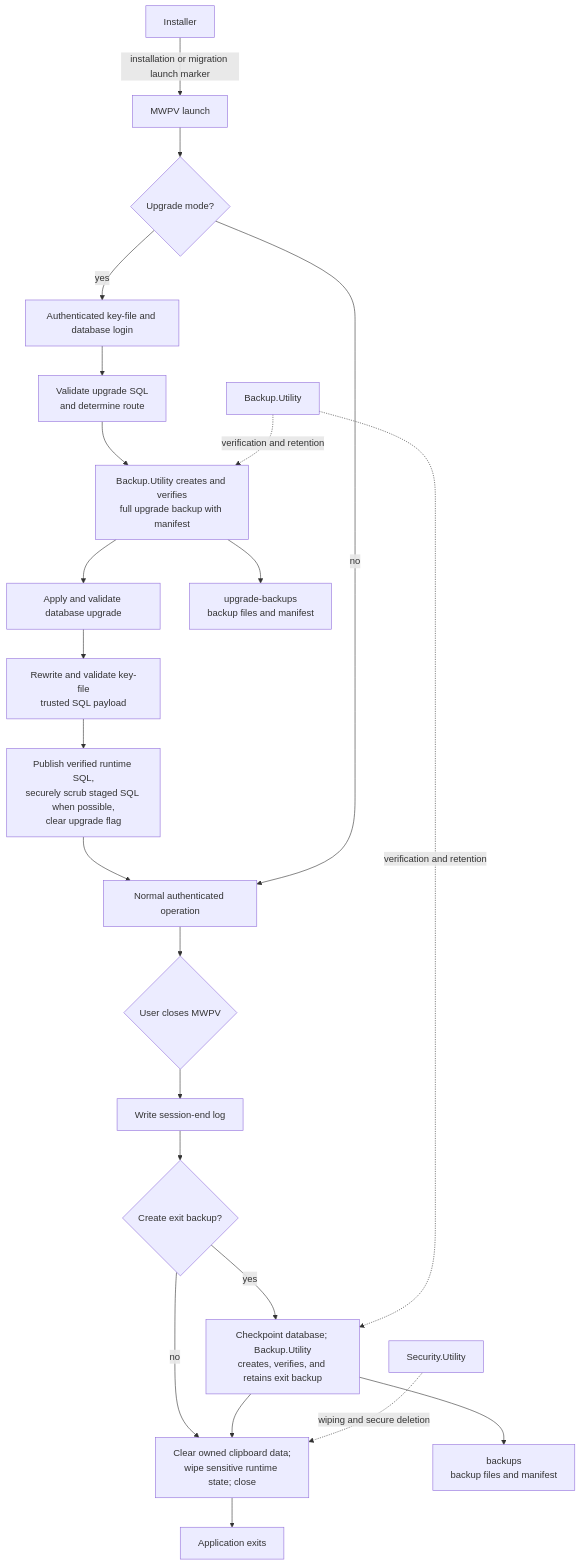
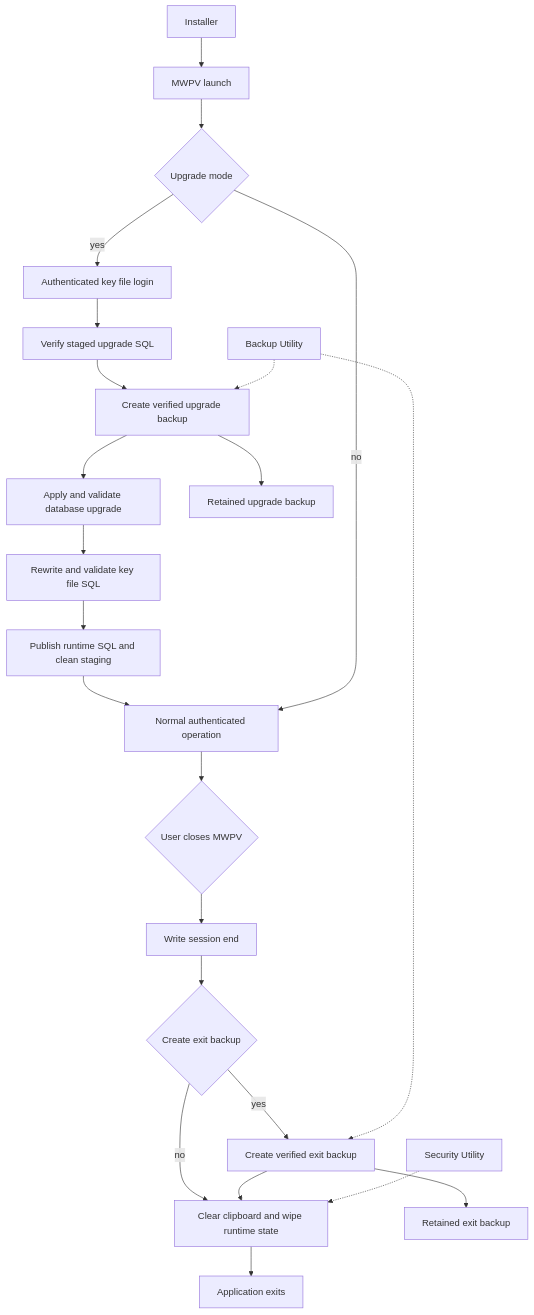
Before and after one commit to pgmrdlm/MWPV: the fourth of 4 diagrams in docs/MWPV_High_Level_Flow.md, drawn with Mermaid. The commit also changed other lines of this file, not shown here.

````diff
--- a/docs/MWPV_High_Level_Flow.md
+++ b/docs/MWPV_High_Level_Flow.md
@@ -93,28 +118,25 @@
 ```mermaid
 flowchart TD
-    Start["MWPV launch"] --> Mode{"Upgrade mode?"}
-    Mode -->|yes| Login["Authenticated key-file and database login"]
-    Login --> UpSql["Validate upgrade SQL<br/>and determine route"]
-    UpSql --> UpBackup["Backup.Utility creates and verifies<br/>full upgrade backup with manifest"]
-    UpBackup --> UpgradeDb["Apply and validate database upgrade"]
-    UpgradeDb --> RewriteKey["Rewrite and validate key-file<br/>trusted SQL payload"]
-    RewriteKey --> Publish["Publish verified runtime SQL,<br/>securely scrub staged SQL when possible,<br/>clear upgrade flag"]
-    Publish --> Normal["Normal authenticated operation"]
-
+    Start[MWPV launch] --> Mode{Upgrade mode}
+    Mode -->|yes| Login[Authenticated key file login]
+    Login --> UpSql[Verify staged upgrade SQL]
+    UpSql --> UpBackup[Create verified upgrade backup]
+    UpBackup --> UpgradeDb[Apply and validate database upgrade]
+    UpgradeDb --> RewriteKey[Rewrite and validate key file SQL]
+    RewriteKey --> Publish[Publish runtime SQL and clean staging]
+    Publish --> Normal[Normal authenticated operation]
     Mode -->|no| Normal
-    Installer["Installer"] -->|installation or migration launch marker| Start
-    UpBackup --> UpgradeStore["upgrade-backups<br/>backup files and manifest"]
-
-    Normal --> Close{"User closes MWPV"}
-    Close --> EndLog["Write session-end log"]
-    EndLog --> BackupChoice{"Create exit backup?"}
-    BackupChoice -->|yes| ExitBackup["Checkpoint database; Backup.Utility<br/>creates, verifies, and retains exit backup"]
-    BackupChoice -->|no| Cleanup
-    ExitBackup --> Cleanup["Clear owned clipboard data;<br/>wipe sensitive runtime state; close"]
-    Cleanup --> Exit["Application exits"]
-
-    ExitBackup --> ExitStore["backups<br/>backup files and manifest"]
-    Security["Security.Utility"] -.wiping and secure deletion.-> Cleanup
-    Backup["Backup.Utility"] -.verification and retention.-> UpBackup
-    Backup -.verification and retention.-> ExitBackup
+    Installer[Installer] --> Start
+    UpBackup --> UpgradeStore[Retained upgrade backup]
+    Normal --> Close{User closes MWPV}
+    Close --> EndLog[Write session end]
+    EndLog --> BackupChoice{Create exit backup}
+    BackupChoice -->|yes| ExitBackup[Create verified exit backup]
+    BackupChoice -->|no| Cleanup[Clear clipboard and wipe runtime state]
+    ExitBackup --> Cleanup
+    Cleanup --> Exit[Application exits]
+    ExitBackup --> ExitStore[Retained exit backup]
+    Security[Security Utility] -.-> Cleanup
+    Backup[Backup Utility] -.-> UpBackup
+    Backup -.-> ExitBackup
 ```
````
